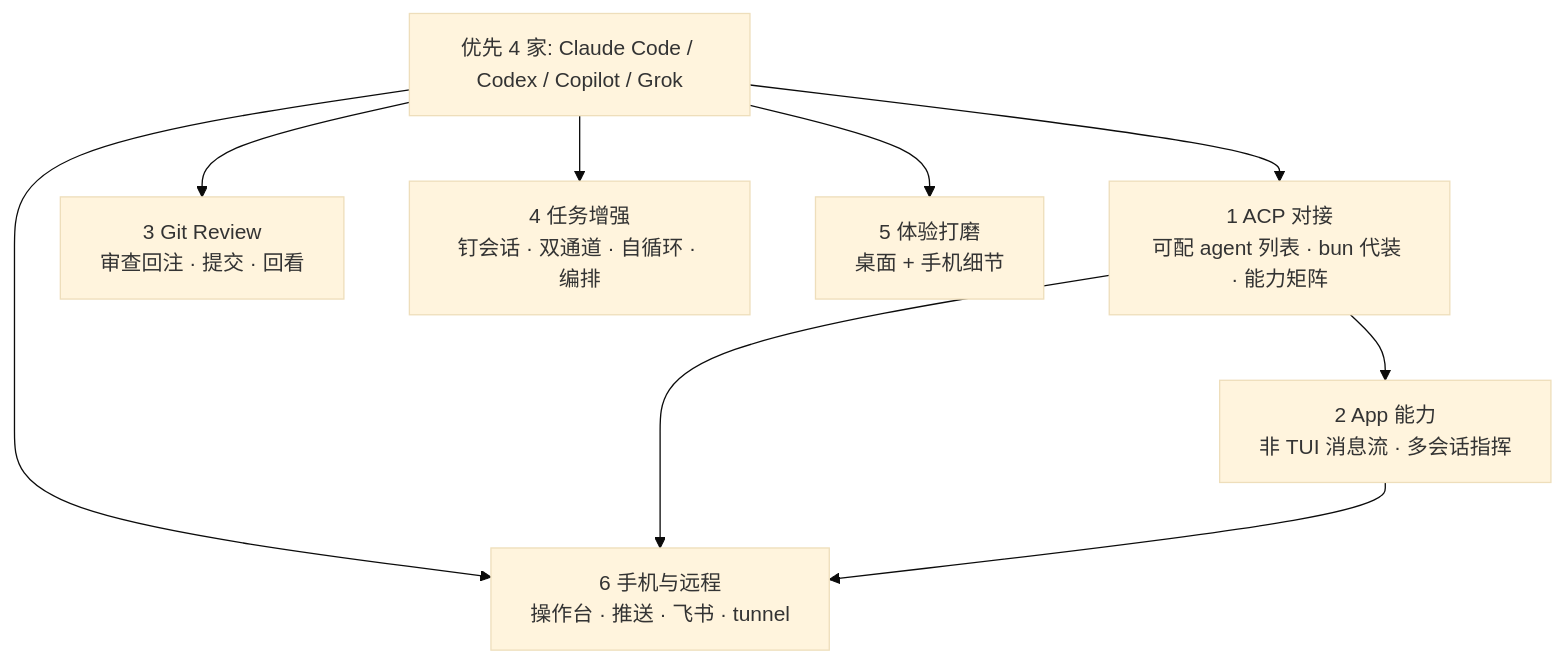
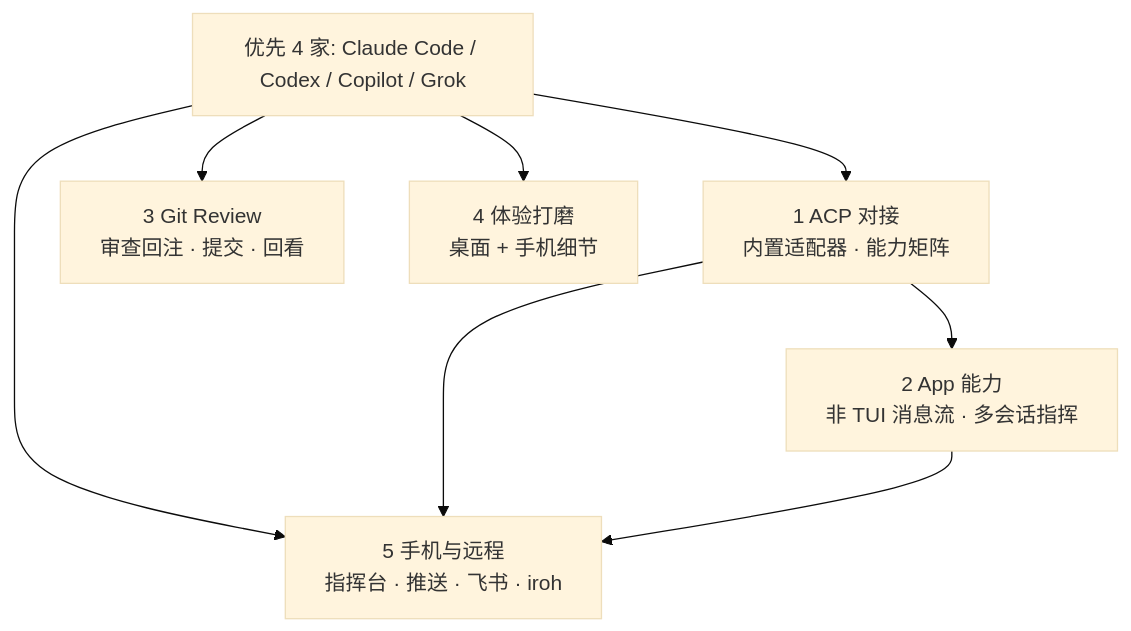
The first of 7 diagrams in docs/product-roadmap.md (smelt-ai/smelt), drawn with Mermaid (base theme) before and after one commit. The commit also changed other lines of this file and 69 other files, not shown here.

````diff
--- a/docs/product-roadmap.md
+++ b/docs/product-roadmap.md
@@ -24,12 +24,11 @@
 ```mermaid
 flowchart TB
   P["优先 4 家: Claude Code / Codex / Copilot / Grok"]
-  P --> A1["1 ACP 对接<br/>可配 agent 列表 · bun 代装 · 能力矩阵"]
+  P --> A1["1 ACP 对接<br/>内置适配器 · 能力矩阵"]
   P --> B1["3 Git Review<br/>审查回注 · 提交 · 回看"]
-  P --> C1["4 任务增强<br/>钉会话 · 双通道 · 自循环 · 编排"]
-  P --> D1["5 体验打磨<br/>桌面 + 手机细节"]
-  P --> R1["6 手机与远程<br/>操作台 · 推送 · 飞书 · tunnel"]
+  P --> D1["4 体验打磨<br/>桌面 + 手机细节"]
+  P --> R1["5 手机与远程<br/>指挥台 · 推送 · 飞书 · iroh"]
   A1 --> A2["2 App 能力<br/>非 TUI 消息流 · 多会话指挥"]
   A1 --> R1
   A2 --> R1
 ```
````
